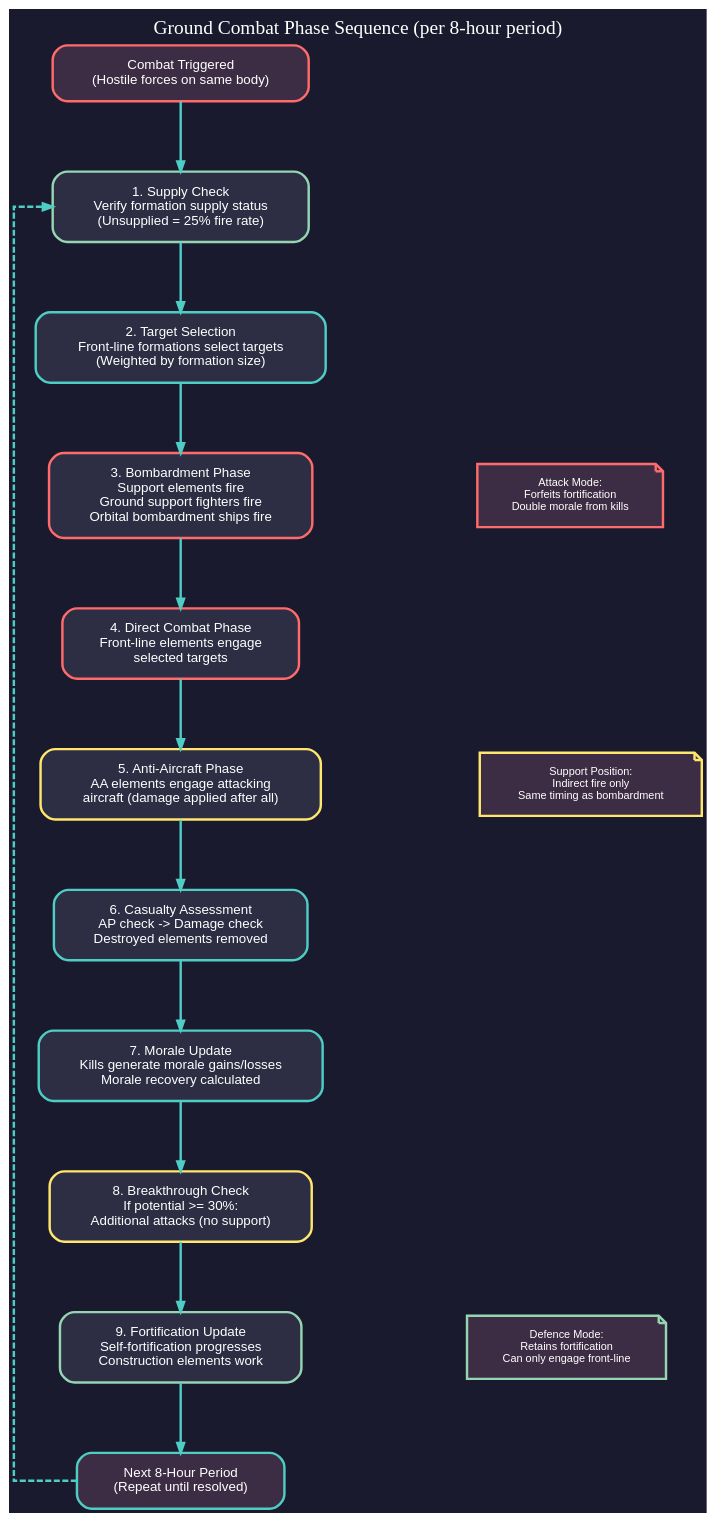
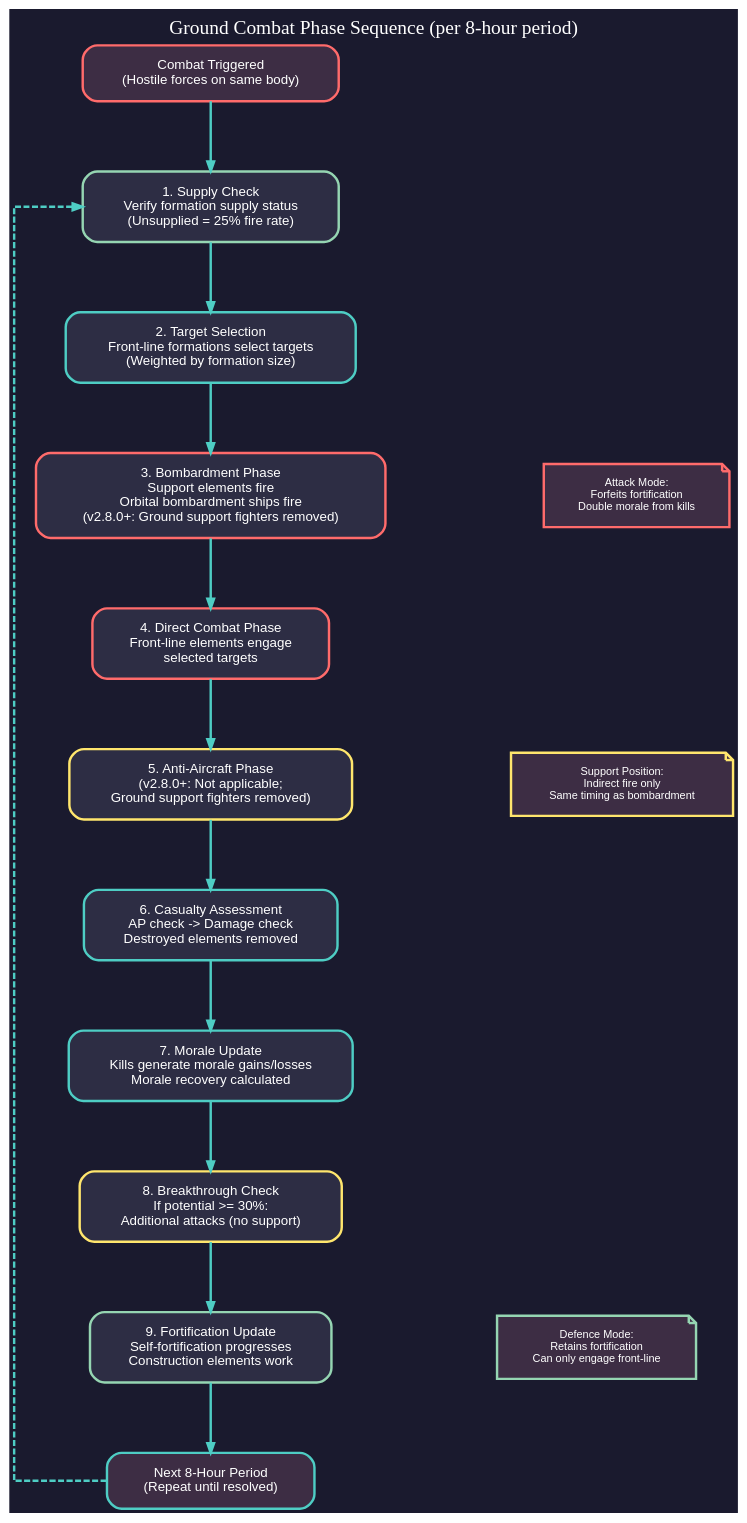
The diagram in images/diagrams/13-ground-forces/13.3-combat-phase-sequence.dot (ErikEvenson/aurora-manual), drawn with Graphviz before and after one commit. The commit also changed 6 other files, not shown here.

First line of the commit message:
Add v2.8.0 version markers for ground support fighter removal

```diff
--- a/images/diagrams/13-ground-forces/13.3-combat-phase-sequence.dot
+++ b/images/diagrams/13-ground-forces/13.3-combat-phase-sequence.dot
@@ -1,157 +1,157 @@
 // Ground Combat Phase Sequence Diagram
 // Shows the resolution order for ground combat phases in Aurora C#
 
 digraph GroundCombatPhase {
     // Graph settings
     bgcolor="#1a1a2e";
     rankdir=TB;
     splines=ortho;
     nodesep=0.6;
     ranksep=0.8;
 
     // Default node style
     node [
         fontname="Helvetica"
         fontsize=11
         fontcolor="white"
         shape=box
         style="rounded,filled"
         fillcolor="#2d2d44"
         color="#4ecdc4"
         penwidth=2
         margin="0.3,0.15"
     ];
 
     // Default edge style
     edge [
         color="#4ecdc4"
         penwidth=2
         arrowsize=0.8
     ];
 
     // Title
     label="Ground Combat Phase Sequence (per 8-hour period)";
     labelloc=t;
     fontname="Helvetica Bold";
     fontsize=16;
     fontcolor="white";
 
     // Phase nodes
     trigger [
         label="Combat Triggered\n(Hostile forces on same body)"
         fillcolor="#3d2d44"
         color="#ff6b6b"
     ];
 
     supply [
         label="1. Supply Check\nVerify formation supply status\n(Unsupplied = 25% fire rate)"
         fillcolor="#2d2d44"
         color="#95d5b2"
     ];
 
     target [
         label="2. Target Selection\nFront-line formations select targets\n(Weighted by formation size)"
         fillcolor="#2d2d44"
     ];
 
     bombardment [
-        label="3. Bombardment Phase\nSupport elements fire\nGround support fighters fire\nOrbital bombardment ships fire"
+        label="3. Bombardment Phase\nSupport elements fire\nOrbital bombardment ships fire\n(v2.8.0+: Ground support fighters removed)"
         fillcolor="#2d2d44"
         color="#ff6b6b"
     ];
 
     direct [
         label="4. Direct Combat Phase\nFront-line elements engage\nselected targets"
         fillcolor="#2d2d44"
         color="#ff6b6b"
     ];
 
     aa [
-        label="5. Anti-Aircraft Phase\nAA elements engage attacking\naircraft (damage applied after all)"
+        label="5. Anti-Aircraft Phase\n(v2.8.0+: Not applicable;\nGround support fighters removed)"
         fillcolor="#2d2d44"
         color="#ffe66d"
     ];
 
     casualty [
         label="6. Casualty Assessment\nAP check -> Damage check\nDestroyed elements removed"
         fillcolor="#2d2d44"
     ];
 
     morale [
         label="7. Morale Update\nKills generate morale gains/losses\nMorale recovery calculated"
         fillcolor="#2d2d44"
     ];
 
     breakthrough [
         label="8. Breakthrough Check\nIf potential >= 30%:\nAdditional attacks (no support)"
         fillcolor="#2d2d44"
         color="#ffe66d"
     ];
 
     fortification [
         label="9. Fortification Update\nSelf-fortification progresses\nConstruction elements work"
         fillcolor="#2d2d44"
         color="#95d5b2"
     ];
 
     next [
         label="Next 8-Hour Period\n(Repeat until resolved)"
         fillcolor="#3d2d44"
         color="#4ecdc4"
     ];
 
     // Flow connections
     trigger -> supply;
     supply -> target;
     target -> bombardment;
     bombardment -> direct;
     direct -> aa;
     aa -> casualty;
     casualty -> morale;
     morale -> breakthrough;
     breakthrough -> fortification;
     fortification -> next;
     next -> supply [style=dashed, constraint=false];
 
     // Side notes cluster
     subgraph cluster_notes {
         label="Key Notes";
         labelloc=t;
         fontname="Helvetica Bold";
         fontsize=12;
         fontcolor="white";
         bgcolor="#1a1a2e";
         color="#4ecdc4";
         style="dashed";
         margin=15;
 
         note1 [
             label="Attack Mode:\nForfeits fortification\nDouble morale from kills"
             shape=note
             fillcolor="#3d2d44"
             color="#ff6b6b"
             fontsize=9
         ];
 
         note2 [
             label="Defence Mode:\nRetains fortification\nCan only engage front-line"
             shape=note
             fillcolor="#3d2d44"
             color="#95d5b2"
             fontsize=9
         ];
 
         note3 [
             label="Support Position:\nIndirect fire only\nSame timing as bombardment"
             shape=note
             fillcolor="#3d2d44"
             color="#ffe66d"
             fontsize=9
         ];
     }
 
     // Position notes cluster to the right
     {rank=same; bombardment; note1;}
     {rank=same; fortification; note2;}
     {rank=same; aa; note3;}
 }
```
